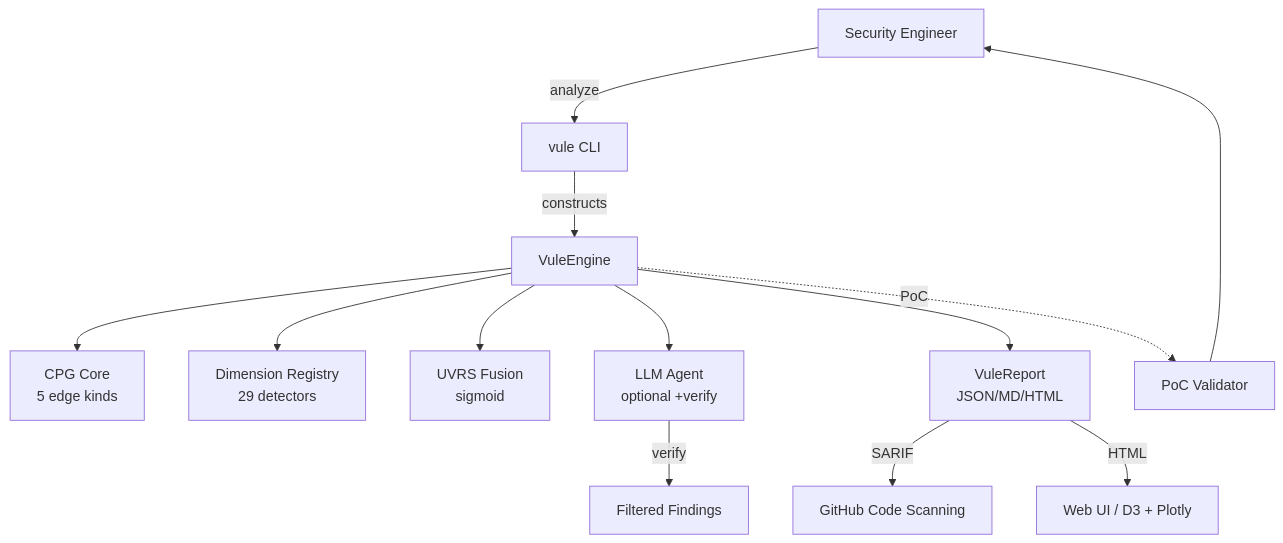
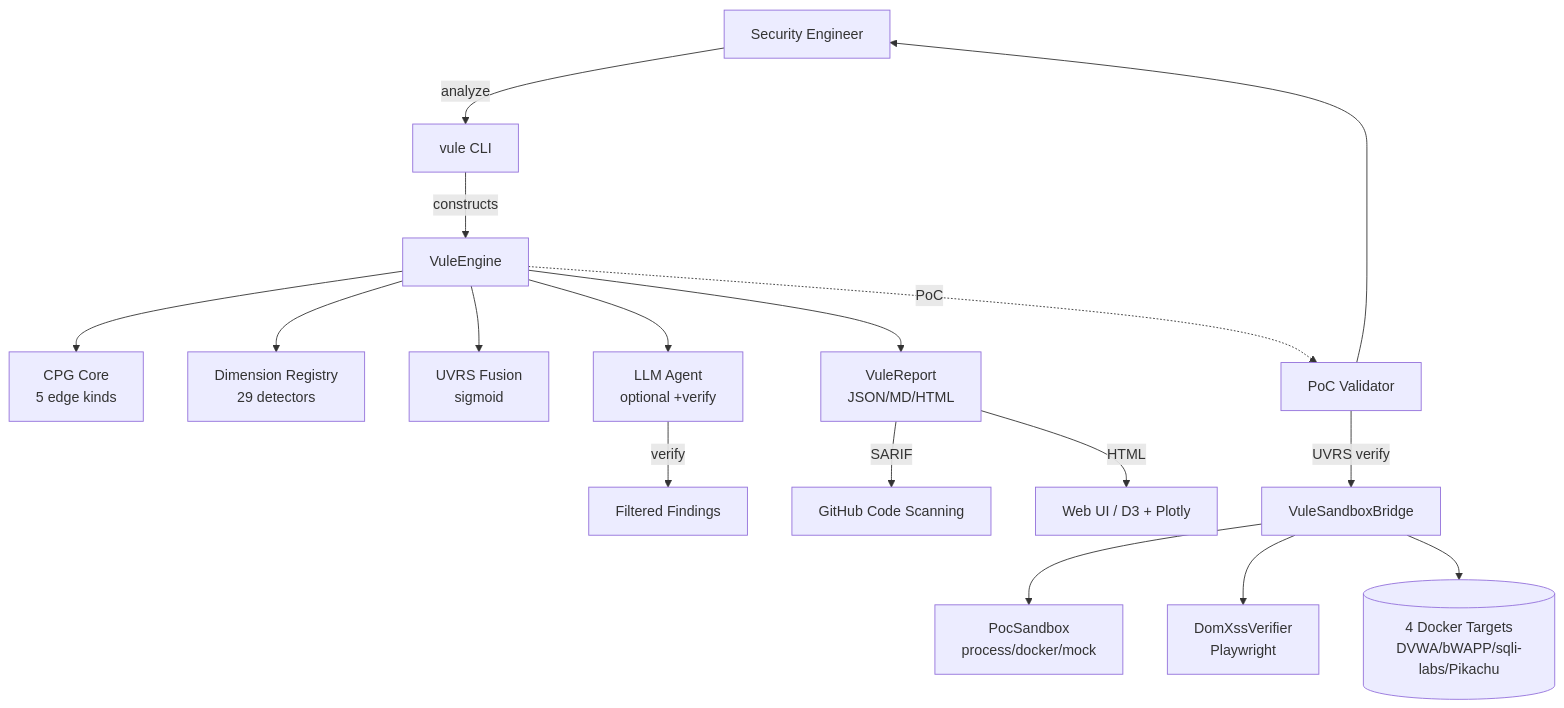
Before and after one commit to tombook/security-vule: the diagram in README.md, drawn with Mermaid. The commit also changed other lines of this file and 1 other file, not shown here.

````diff
--- a/README.md
+++ b/README.md
@@ -337,15 +381,19 @@
 ```mermaid
 graph TB
     User[Security Engineer] -->|analyze| CLI[vule CLI]
     CLI -->|constructs| Engine[VuleEngine]
     Engine --> CPG[CPG Core<br/>5 edge kinds]
     Engine --> Registry[Dimension Registry<br/>29 detectors]
     Engine --> UVRS[UVRS Fusion<br/>sigmoid]
     Engine --> LLM[LLM Agent<br/>optional +verify]
     LLM -->|verify| Findings[Filtered Findings]
     Engine --> Report[VuleReport<br/>JSON/MD/HTML]
     Report -->|SARIF| GH[GitHub Code Scanning]
     Report -->|HTML| Browser[Web UI / D3 + Plotly]
     Engine -.->|PoC| PoC[PoC Validator]
+    PoC -->|UVRS verify| Bridge[VuleSandboxBridge]
+    Bridge --> Sandbox[PocSandbox<br/>process/docker/mock]
+    Bridge --> DomXSS[DomXssVerifier<br/>Playwright]
+    Bridge --> Targets[(4 Docker Targets<br/>DVWA/bWAPP/sqli-labs/Pikachu)]
     PoC --> User
 ```
````
